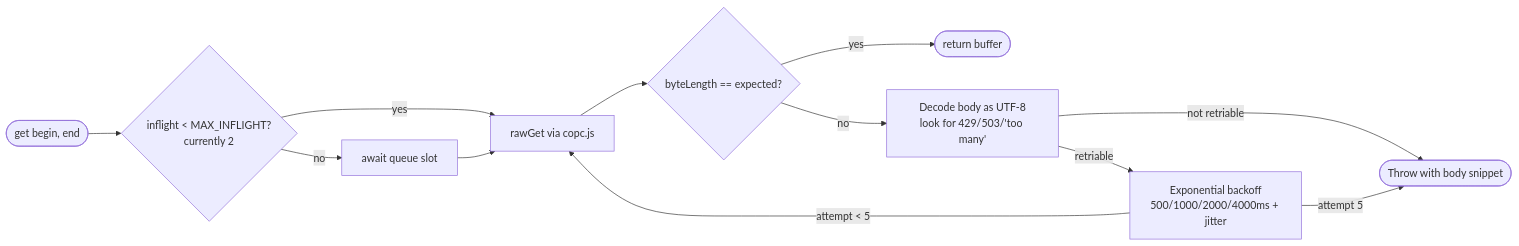
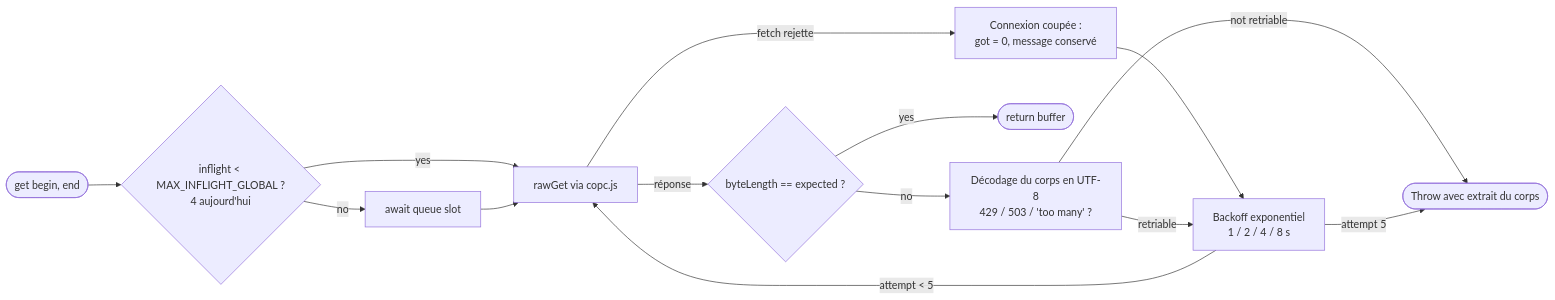
Before and after one commit to Plonk42/open-cairn: the fourth of 7 diagrams in docs/LIDAR_PIPELINE.md, drawn with Mermaid. The commit also changed other lines of this file and 24 other files, not shown here.

````diff
--- a/docs/LIDAR_PIPELINE.md
+++ b/docs/LIDAR_PIPELINE.md
@@ -391,14 +394,16 @@
 ```mermaid
 flowchart LR
-    REQ([get begin, end]) --> SEM{inflight &lt; MAX_INFLIGHT?<br/>currently 2}
+    REQ([get begin, end]) --> SEM{inflight &lt; MAX_INFLIGHT_GLOBAL ?<br/>4 aujourd'hui}
     SEM -->|no| WAIT[await queue slot]
     SEM -->|yes| FETCH[rawGet via copc.js]
     WAIT --> FETCH
-    FETCH --> CHK{byteLength == expected?}
+    FETCH -->|fetch rejette| DROP[Connexion coupée :<br/>got = 0, message conservé]
+    FETCH -->|réponse| CHK{byteLength == expected ?}
     CHK -->|yes| OK([return buffer])
-    CHK -->|no| DEC[Decode body as UTF-8<br/>look for 429/503/'too many']
-    DEC -->|retriable| BACK[Exponential backoff<br/>500/1000/2000/4000ms + jitter]
+    CHK -->|no| DEC[Décodage du corps en UTF-8<br/>429 / 503 / 'too many' ?]
+    DROP --> BACK
+    DEC -->|retriable| BACK[Backoff exponentiel<br/>1 / 2 / 4 / 8 s]
     BACK -->|attempt &lt; 5| FETCH
-    DEC -->|not retriable| THROW([Throw with body snippet])
+    DEC -->|not retriable| THROW([Throw avec extrait du corps])
     BACK -->|attempt 5| THROW
 ```
````
